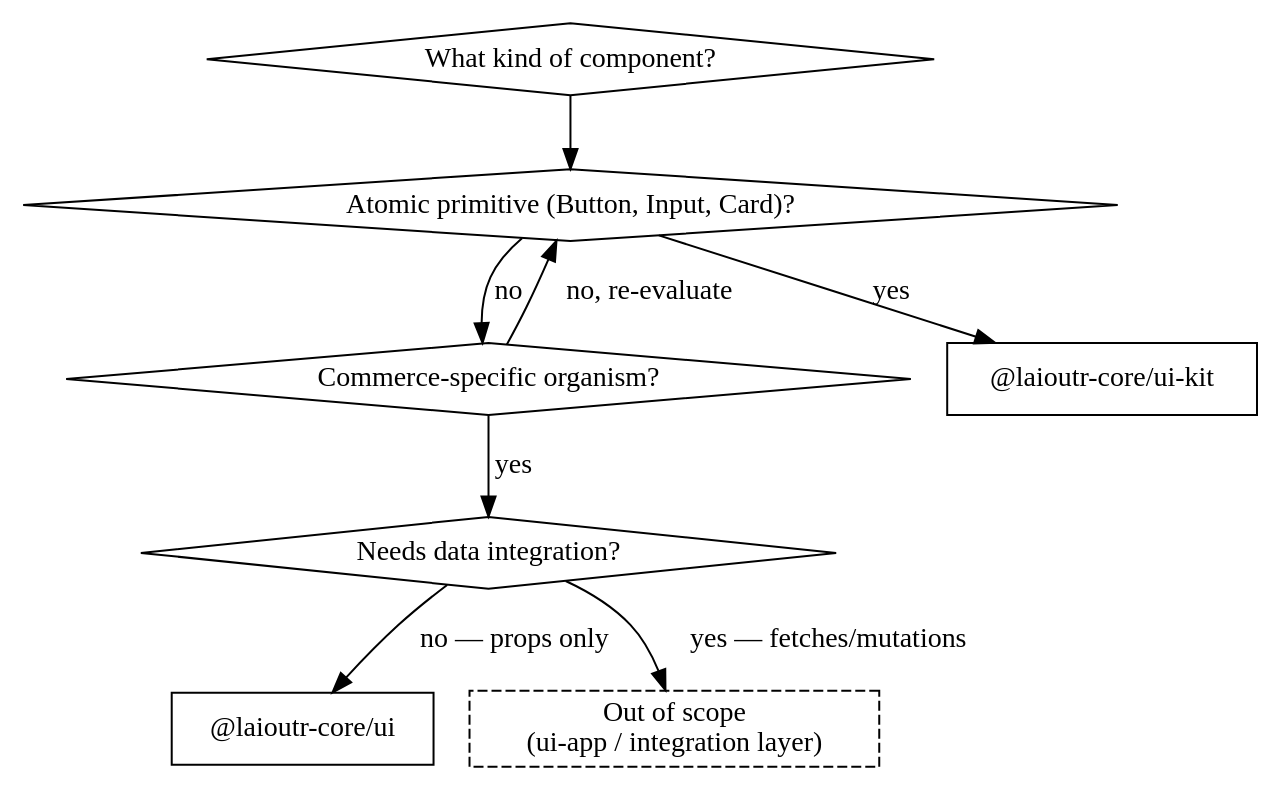
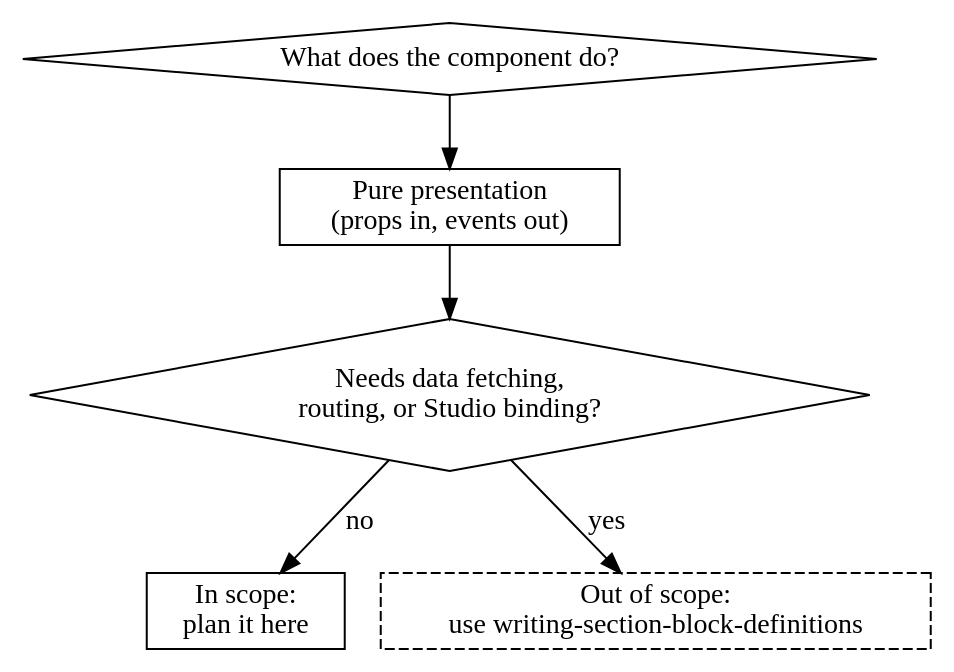
One commit to laioutr/claude-marketplace changed the diagram in plugins/laioutr-developer/skills/figma-design-analysis/references/component-matching-and-placement.md. Above: the diagram before and after it, drawn with Graphviz. The commit also changed other lines of this file and 31 other files, not shown here.

````diff
--- a/plugins/laioutr-developer/skills/figma-design-analysis/references/component-matching-and-placement.md
+++ b/plugins/laioutr-developer/skills/figma-design-analysis/references/component-matching-and-placement.md
@@ -90,20 +103,14 @@
 ```dot
-digraph placement {
-    "What kind of component?" [shape=diamond];
-    "Atomic primitive (Button, Input, Card)?" [shape=diamond];
-    "Commerce-specific organism?" [shape=diamond];
-    "Needs data integration?" [shape=diamond];
+digraph scope {
+    "What does the component do?" [shape=diamond];
+    "Pure presentation\n(props in, events out)" [shape=box];
+    "Needs data fetching,\nrouting, or Studio binding?" [shape=diamond];
+    "In scope:\nplan it here" [shape=box];
+    "Out of scope:\nuse writing-section-block-definitions" [shape=box, style=dashed];
 
-    "@laioutr-core/ui-kit" [shape=box];
-    "@laioutr-core/ui" [shape=box];
-    "Out of scope\n(ui-app / integration layer)" [shape=box, style=dashed];
-
-    "What kind of component?" -> "Atomic primitive (Button, Input, Card)?";
-    "Atomic primitive (Button, Input, Card)?" -> "@laioutr-core/ui-kit" [label="yes"];
-    "Atomic primitive (Button, Input, Card)?" -> "Commerce-specific organism?" [label="no"];
-    "Commerce-specific organism?" -> "Needs data integration?" [label="yes"];
-    "Commerce-specific organism?" -> "Atomic primitive (Button, Input, Card)?" [label="no, re-evaluate"];
-    "Needs data integration?" -> "@laioutr-core/ui" [label="no — props only"];
-    "Needs data integration?" -> "Out of scope\n(ui-app / integration layer)" [label="yes — fetches/mutations"];
+    "What does the component do?" -> "Pure presentation\n(props in, events out)";
+    "Pure presentation\n(props in, events out)" -> "Needs data fetching,\nrouting, or Studio binding?";
+    "Needs data fetching,\nrouting, or Studio binding?" -> "Out of scope:\nuse writing-section-block-definitions" [label="yes"];
+    "Needs data fetching,\nrouting, or Studio binding?" -> "In scope:\nplan it here" [label="no"];
 }
 ```
````
